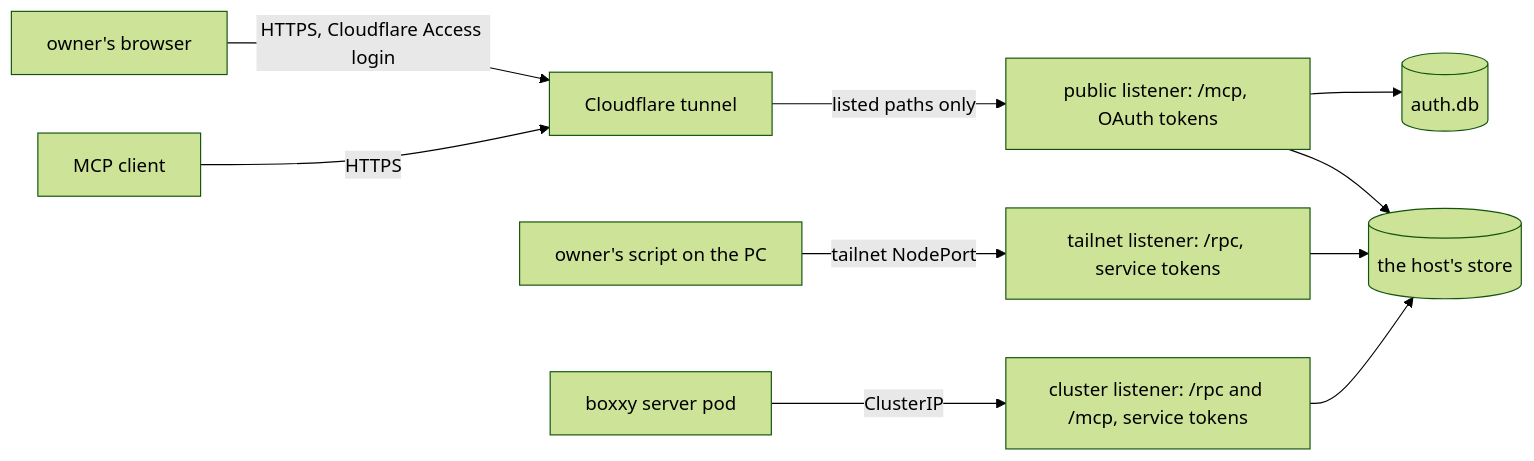
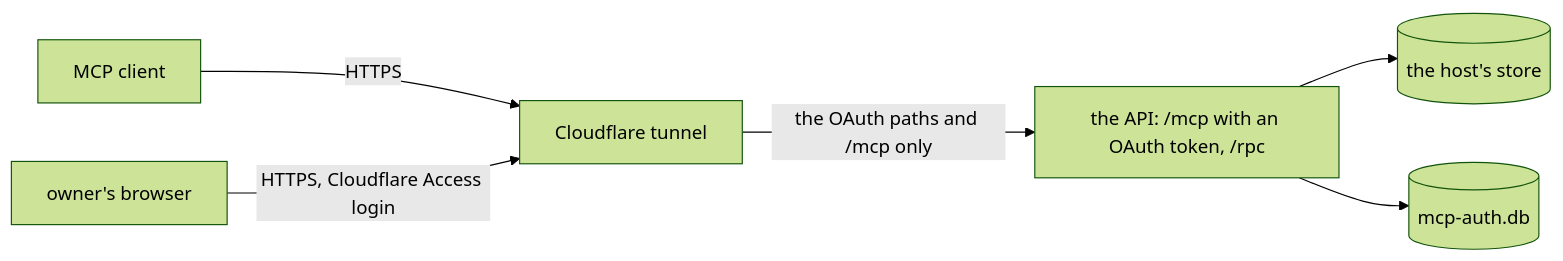
The diagram in docs/design/api-auth/README.md (zgeoff/pepys), drawn with Mermaid (forest theme) before and after one commit. The commit also changed other lines of this file and 5 other files, not shown here.

Commit message:
docs: redraft the api auth docs after a cold read

````diff
--- a/docs/design/api-auth/README.md
+++ b/docs/design/api-auth/README.md
@@ -35,12 +27,8 @@
 ```mermaid
 flowchart LR
   client["MCP client"] -->|"HTTPS"| edge["Cloudflare tunnel"]
   browser["owner's browser"] -->|"HTTPS, Cloudflare Access login"| edge
-  edge -->|"listed paths only"| public["public listener: /mcp, OAuth tokens"]
-  pc["owner's script on the PC"] -->|"tailnet NodePort"| tailnet["tailnet listener: /rpc, service tokens"]
-  boxxy["boxxy server pod"] -->|"ClusterIP"| cluster["cluster listener: /rpc and /mcp, service tokens"]
-  public --> store[("the host's store")]
-  tailnet --> store
-  cluster --> store
-  public --> authdb[("auth.db")]
+  edge -->|"the OAuth paths and /mcp only"| api["the API: /mcp with an OAuth token, /rpc"]
+  api --> store[("the host's store")]
+  api --> authdb[("mcp-auth.db")]
 ```
````
